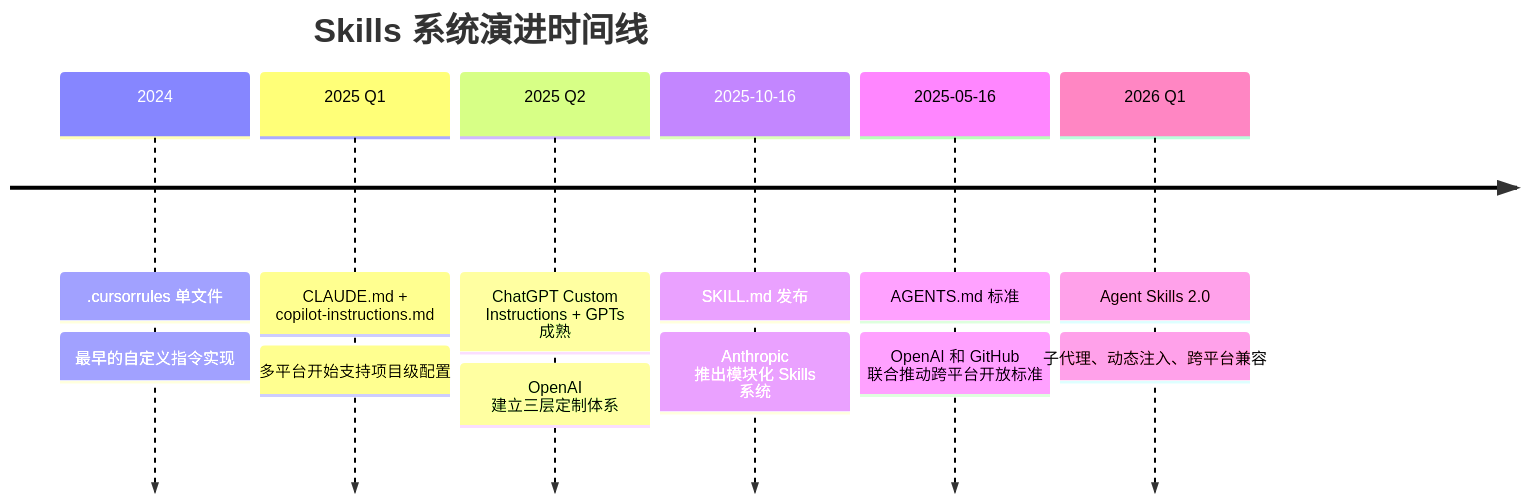
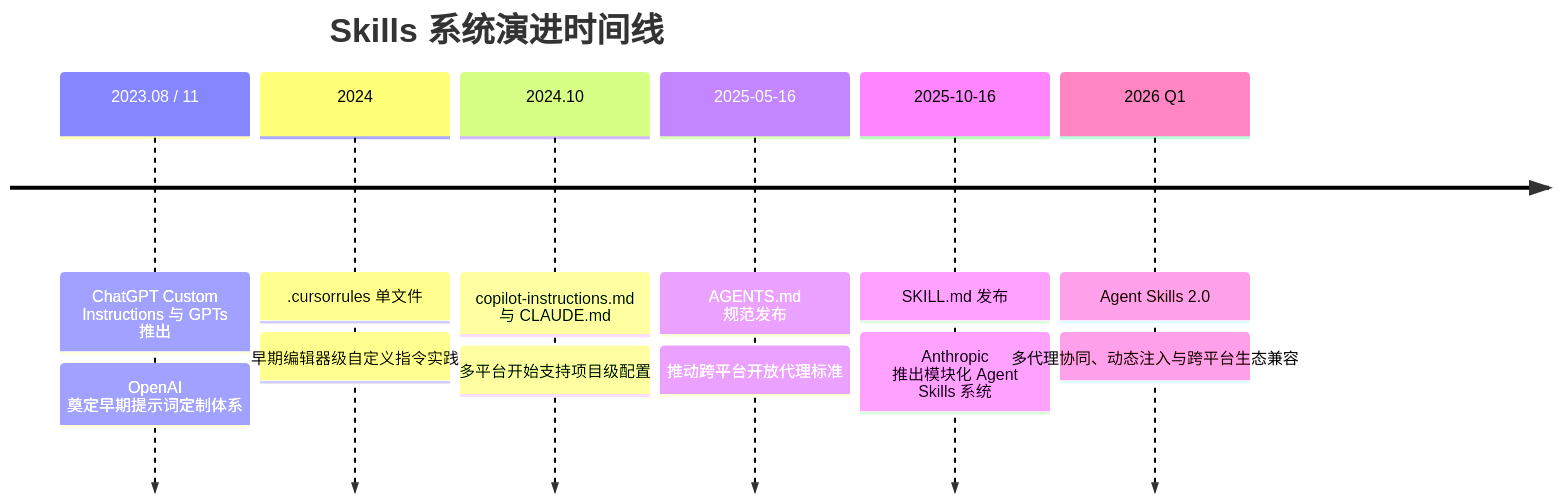
One commit to ifnodoraemon/ifnodoraemon.github.io changed the seventh of 8 diagrams in content/zh/articles/skills-guide.md. Above: the diagram before and after it, drawn with Mermaid. The commit also changed 17 other files, not shown here.

````diff
--- a/content/zh/articles/skills-guide.md
+++ b/content/zh/articles/skills-guide.md
@@ -551,10 +551,10 @@
 ```mermaid
 timeline
     title Skills 系统演进时间线
-    2024 : .cursorrules 单文件 : 最早的自定义指令实现
-    2025 Q1 : CLAUDE.md + copilot-instructions.md : 多平台开始支持项目级配置
-    2025 Q2 : ChatGPT Custom Instructions + GPTs 成熟 : OpenAI 建立三层定制体系
-    2025-10-16 : SKILL.md 发布 : Anthropic 推出模块化 Skills 系统
-    2025-05-16 : AGENTS.md 标准 : OpenAI 和 GitHub 联合推动跨平台开放标准
-    2026 Q1 : Agent Skills 2.0 : 子代理、动态注入、跨平台兼容
+    2023.08 / 11 : ChatGPT Custom Instructions 与 GPTs 推出 : OpenAI 奠定早期提示词定制体系
+    2024 : .cursorrules 单文件 : 早期编辑器级自定义指令实践
+    2024.10 : copilot-instructions.md 与 CLAUDE.md : 多平台开始支持项目级配置
+    2025-05-16 : AGENTS.md 规范发布 : 推动跨平台开放代理标准
+    2025-10-16 : SKILL.md 发布 : Anthropic 推出模块化 Agent Skills 系统
+    2026 Q1 : Agent Skills 2.0 : 多代理协同、动态注入与跨平台生态兼容
 ```
````
